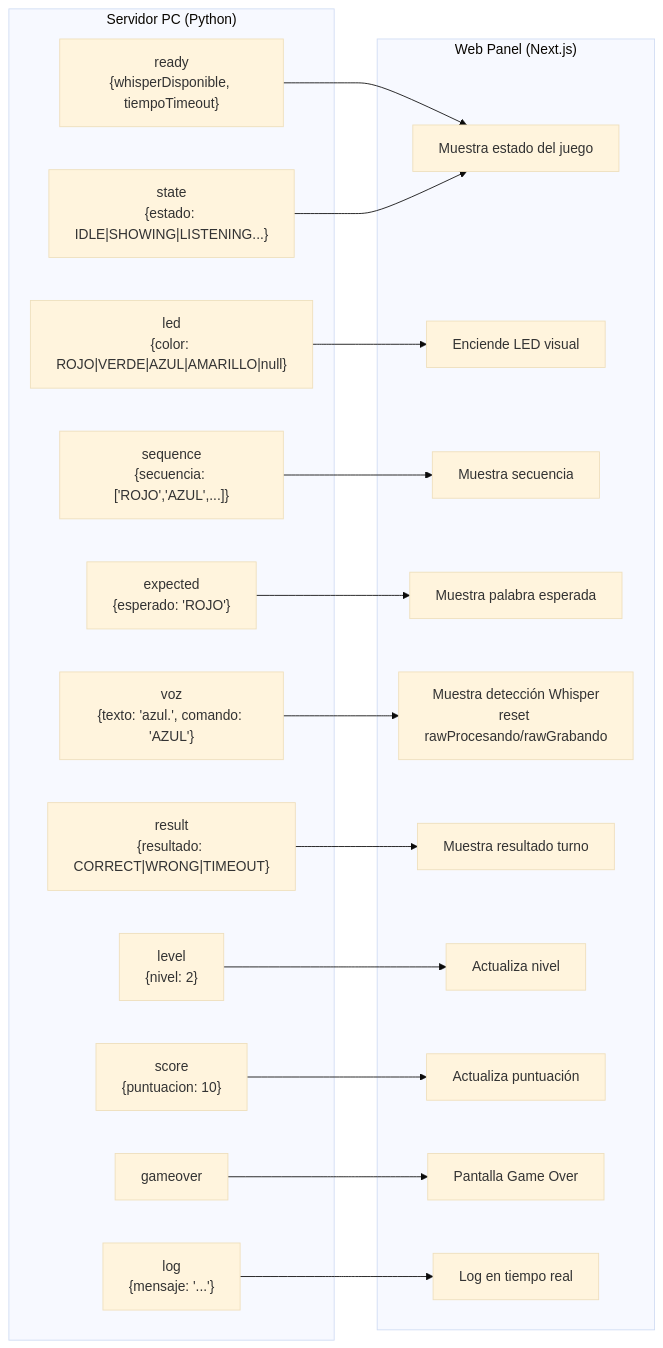
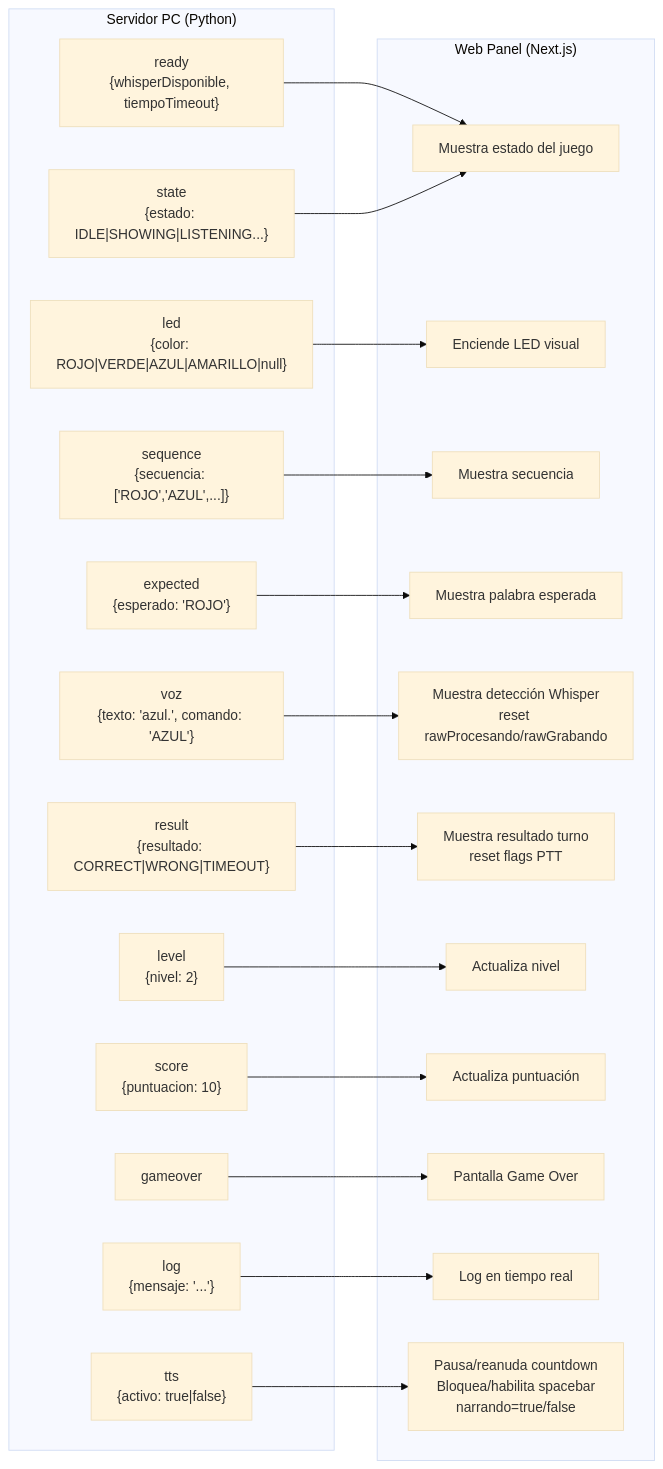
The fourth of 5 diagrams in docs/arquitectura_flujo.md (Leonard-ssj/simon-dice-por-voz), drawn with Mermaid (base theme) before and after one commit. The commit also changed other lines of this file and 10 other files, not shown here.

````diff
--- a/docs/arquitectura_flujo.md
+++ b/docs/arquitectura_flujo.md
@@ -154,41 +174,44 @@
 ```mermaid
 flowchart LR
     subgraph servidor["Servidor PC (Python)"]
         E1["ready\n{whisperDisponible, tiempoTimeout}"]
         E2["state\n{estado: IDLE|SHOWING|LISTENING...}"]
         E3["led\n{color: ROJO|VERDE|AZUL|AMARILLO|null}"]
         E4["sequence\n{secuencia: ['ROJO','AZUL',...]}"]
         E5["expected\n{esperado: 'ROJO'}"]
         E6["voz\n{texto: 'azul.', comando: 'AZUL'}"]
         E7["result\n{resultado: CORRECT|WRONG|TIMEOUT}"]
         E8["level\n{nivel: 2}"]
         E9["score\n{puntuacion: 10}"]
         E10["gameover"]
         E11["log\n{mensaje: '...'}"]
+        E12["tts\n{activo: true|false}"]
     end
 
     subgraph panel["Web Panel (Next.js)"]
         P1["Muestra estado del juego"]
         P2["Enciende LED visual"]
         P3["Muestra secuencia"]
         P4["Muestra palabra esperada"]
         P5["Muestra detección Whisper\nreset rawProcesando/rawGrabando"]
-        P6["Muestra resultado turno"]
+        P6["Muestra resultado turno\nreset flags PTT"]
         P7["Actualiza nivel"]
         P8["Actualiza puntuación"]
         P9["Pantalla Game Over"]
         P10["Log en tiempo real"]
+        P11["Pausa/reanuda countdown\nBloquea/habilita spacebar\nnarrando=true/false"]
     end
 
     E1 --> P1
     E2 --> P1
     E3 --> P2
     E4 --> P3
     E5 --> P4
     E6 --> P5
     E7 --> P6
     E8 --> P7
     E9 --> P8
     E10 --> P9
     E11 --> P10
+    E12 --> P11
 ```
````
